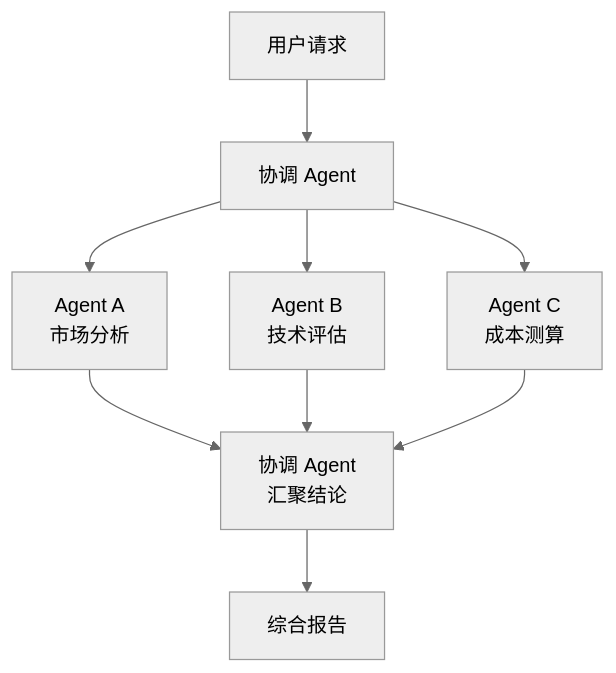
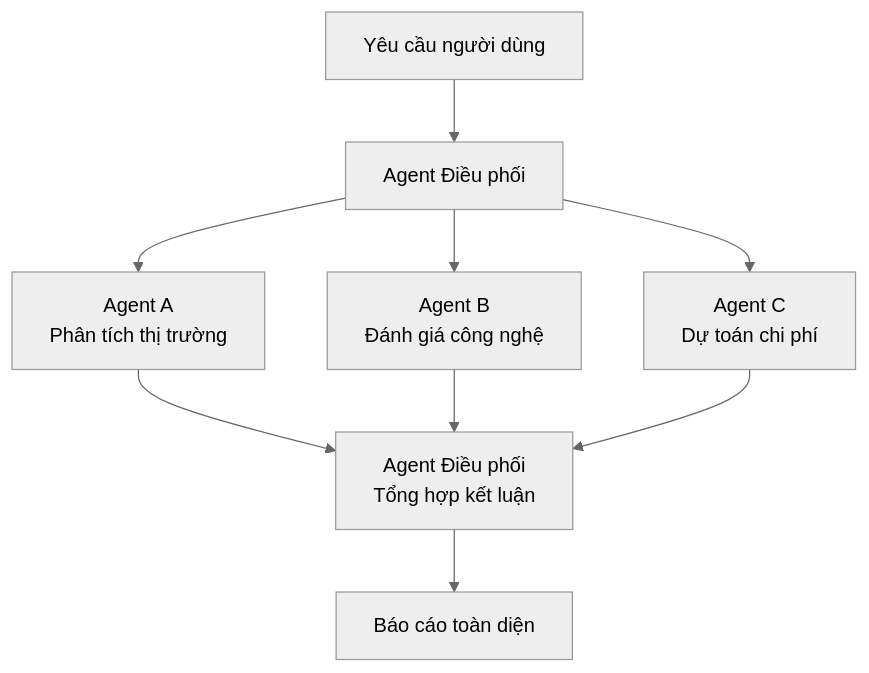
Before and after one commit to dino-edu/openclaw_guide: the second of 2 diagrams in 16_claude_ecosystem/16.2_agent_team_integration.md, drawn with Mermaid (neutral theme). The commit also changed other lines of this file and 19 other files, not shown here.

````diff
--- a/16_claude_ecosystem/16.2_agent_team_integration.md
+++ b/16_claude_ecosystem/16.2_agent_team_integration.md
@@ -107,11 +105,11 @@
 ```mermaid
 graph TD
-    User["用户请求"] --> Coord["协调 Agent"]
-    Coord --> A1["Agent A<br/>市场分析"]
-    Coord --> A2["Agent B<br/>技术评估"]
-    Coord --> A3["Agent C<br/>成本测算"]
-    A1 --> Merge["协调 Agent<br/>汇聚结论"]
+    User["Yêu cầu người dùng"] --> Coord["Agent Điều phối"]
+    Coord --> A1["Agent A<br/>Phân tích thị trường"]
+    Coord --> A2["Agent B<br/>Đánh giá công nghệ"]
+    Coord --> A3["Agent C<br/>Dự toán chi phí"]
+    A1 --> Merge["Agent Điều phối<br/>Tổng hợp kết luận"]
     A2 --> Merge
     A3 --> Merge
-    Merge --> Result["综合报告"]
+    Merge --> Result["Báo cáo toàn diện"]
 ```
````
